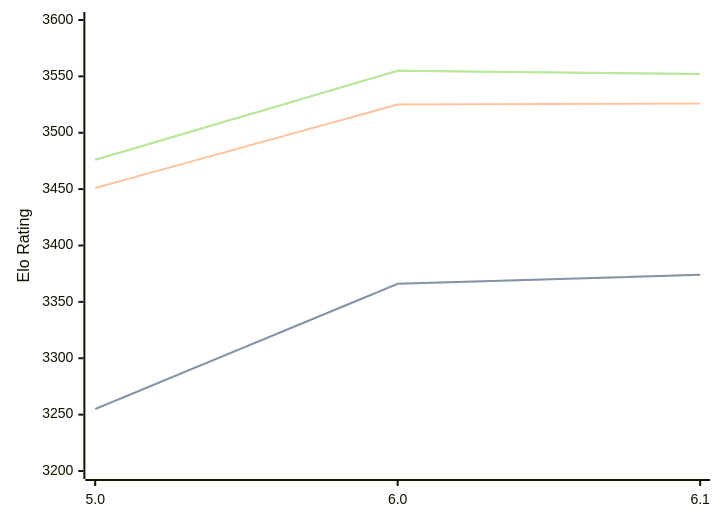
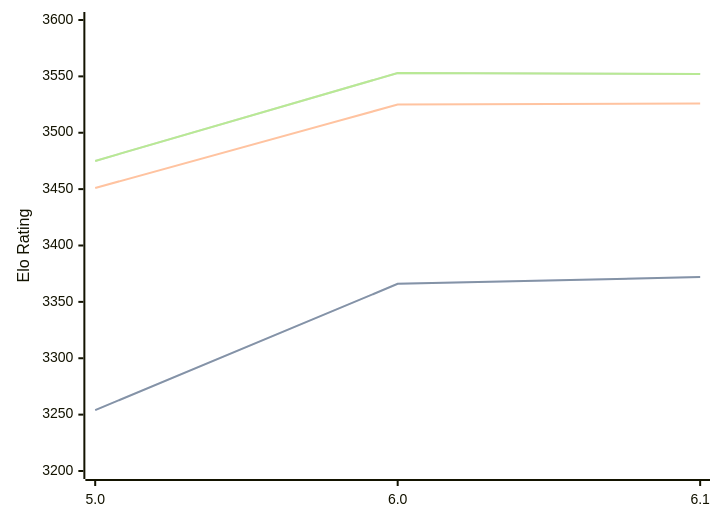
Before and after one commit to computer-chess-index/cci: the diagram in engines/Starzix.md, drawn with Mermaid. The commit also changed other lines of this file, not shown here.

Commit message:
Update CCI Ratings (ELO VLTC) - 2026-03-06

````diff
--- a/engines/Starzix.md
+++ b/engines/Starzix.md
@@ -35,11 +35,11 @@
 ```mermaid
 %%{init: {"theme":"base","themeVariables":{"seriesColors:['#a3a3a3','#222221','#faa371']}}}%%
 xychart-beta
   x-axis ["5.0", "6.0", "6.1"]
   y-axis "Elo Rating" 3200 --> 3600
-  line "STC (8.0+0.08s)" [3255, 3366, 3374]
-  line "STC (8.0+0.08s)" [3255, 3366, 3374]
+  line "STC (8.0+0.08s)" [3254, 3366, 3372]
+  line "STC (8.0+0.08s)" [3254, 3366, 3372]
   line "LTC (60.0+0.60s)" [3451, 3525, 3526]
-  line "VLTC (2m24s+1.12s)" [3476, 3555, 3552]
-  line "VLTC (2m24s+1.12s)" [3476, 3555, 3552]
+  line "VLTC (2m24s+1.12s)" [3475, 3553, 3552]
+  line "VLTC (2m24s+1.12s)" [3475, 3553, 3552]
 ```
````
